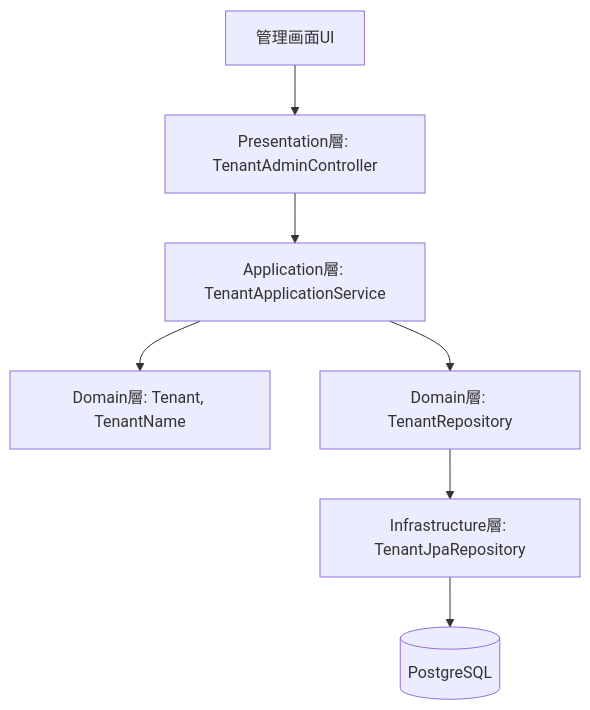
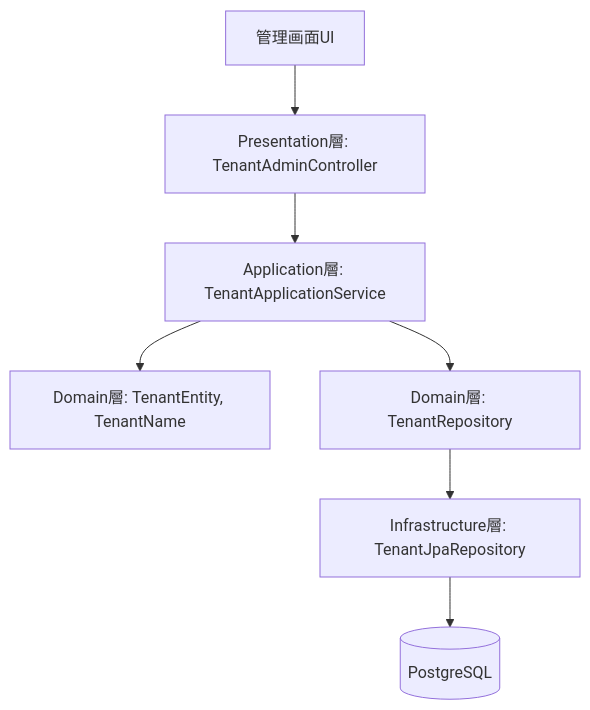
The first of 3 diagrams in docs/01_tenant/README.md (yuji91/kt-event-saas), drawn with Mermaid before and after one commit. The commit also changed other lines of this file, not shown here.

Commit message:
tenant API の設計書を修正（レイヤ構成図を簡易と詳細で分けた）

````diff
--- a/docs/01_tenant/README.md
+++ b/docs/01_tenant/README.md
@@ -35,9 +35,9 @@
 ```mermaid
 graph TD
 UI[管理画面UI] --> Controller[Presentation層: TenantAdminController]
 Controller --> AppService[Application層: TenantApplicationService]
-AppService --> Domain[Domain層: Tenant, TenantName]
+AppService --> Domain[Domain層: TenantEntity, TenantName]
 AppService --> Repo[Domain層: TenantRepository]
 Repo --> Adapter[Infrastructure層: TenantJpaRepository]
 Adapter --> DB[(PostgreSQL)]
 ```
````
